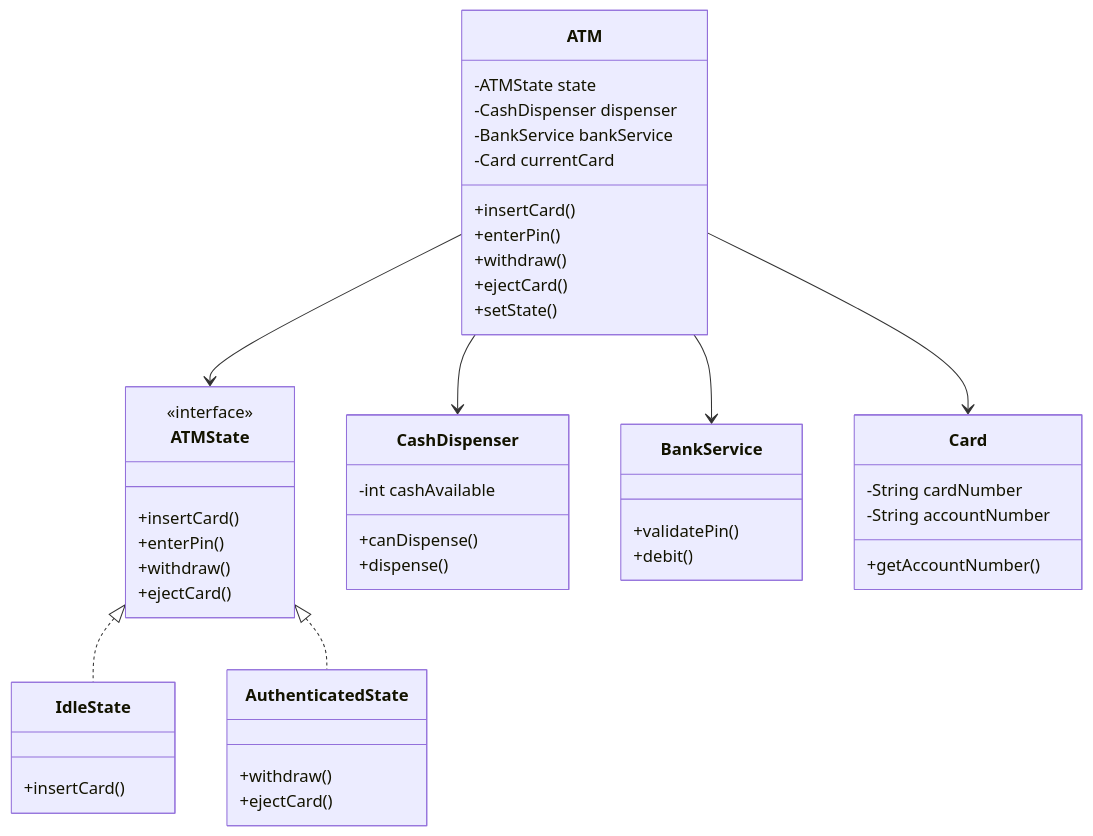
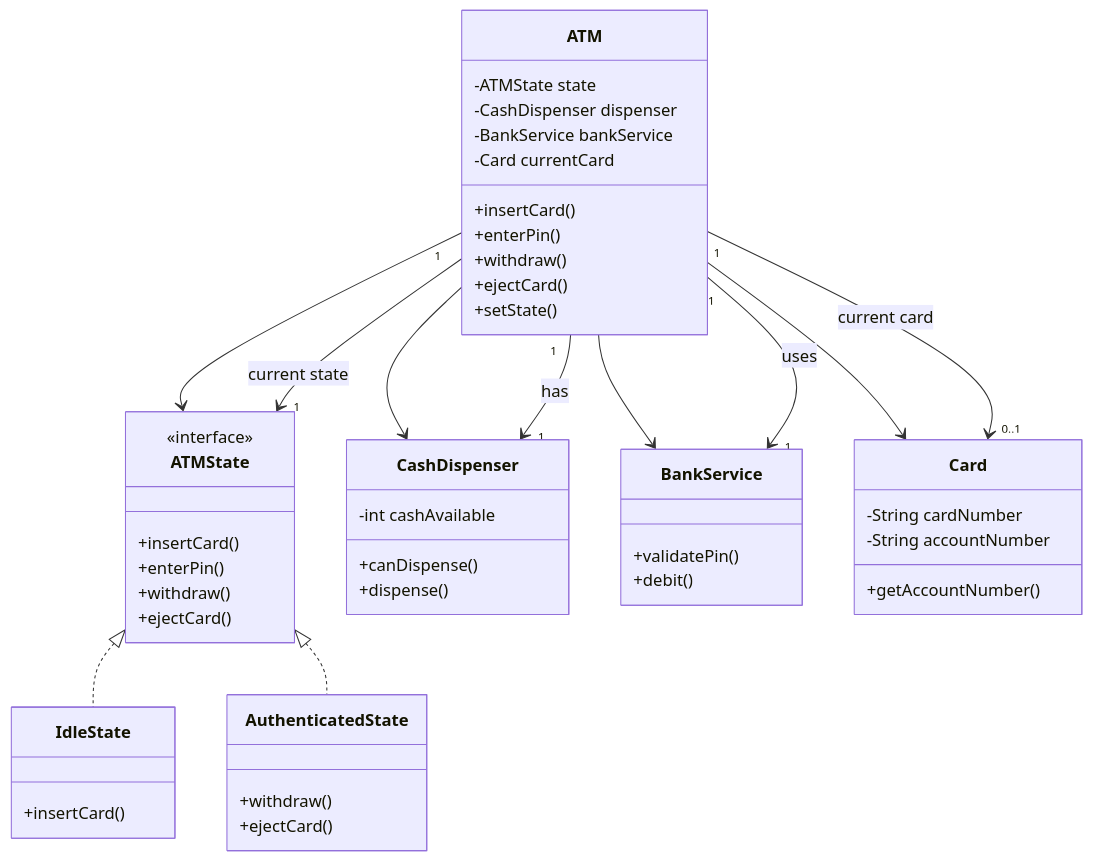
Before and after one commit to mthaiseer/springcloud-systemdesign-notes: the fifth of 19 diagrams in LLD_NOTES/lld_visual_java_reference_mermaid_full_implementation.md, drawn with Mermaid. The commit also changed other lines of this file, not shown here.

````diff
--- a/LLD_NOTES/lld_visual_java_reference_mermaid_full_implementation.md
+++ b/LLD_NOTES/lld_visual_java_reference_mermaid_full_implementation.md
@@ -874,48 +1018,53 @@
 ```mermaid
 classDiagram
   class ATM {
     -ATMState state
     -CashDispenser dispenser
     -BankService bankService
     -Card currentCard
     +insertCard()
     +enterPin()
     +withdraw()
     +ejectCard()
     +setState()
   }
   class ATMState {
     <<interface>>
     +insertCard()
     +enterPin()
     +withdraw()
     +ejectCard()
   }
   class IdleState {
     +insertCard()
   }
   class AuthenticatedState {
     +withdraw()
     +ejectCard()
   }
   class CashDispenser {
     -int cashAvailable
     +canDispense()
     +dispense()
   }
   class BankService {
     +validatePin()
     +debit()
   }
   class Card {
     -String cardNumber
     -String accountNumber
     +getAccountNumber()
   }
   ATM --> ATMState
   ATMState <|.. IdleState
   ATMState <|.. AuthenticatedState
   ATM --> CashDispenser
   ATM --> BankService
   ATM --> Card
+  %% Cardinality relationships
+  ATM "1" --> "1" ATMState : current state
+  ATM "1" --> "0..1" Card : current card
+  ATM "1" --> "1" CashDispenser : has
+  ATM "1" --> "1" BankService : uses
 ```
````
